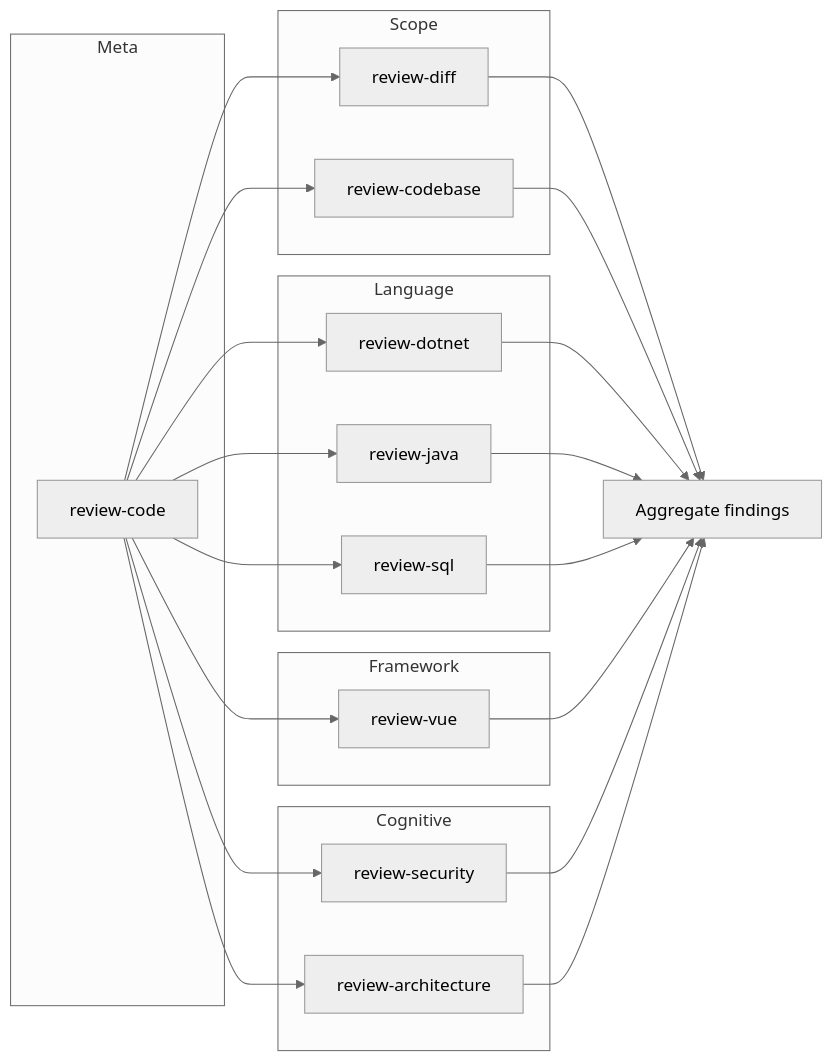
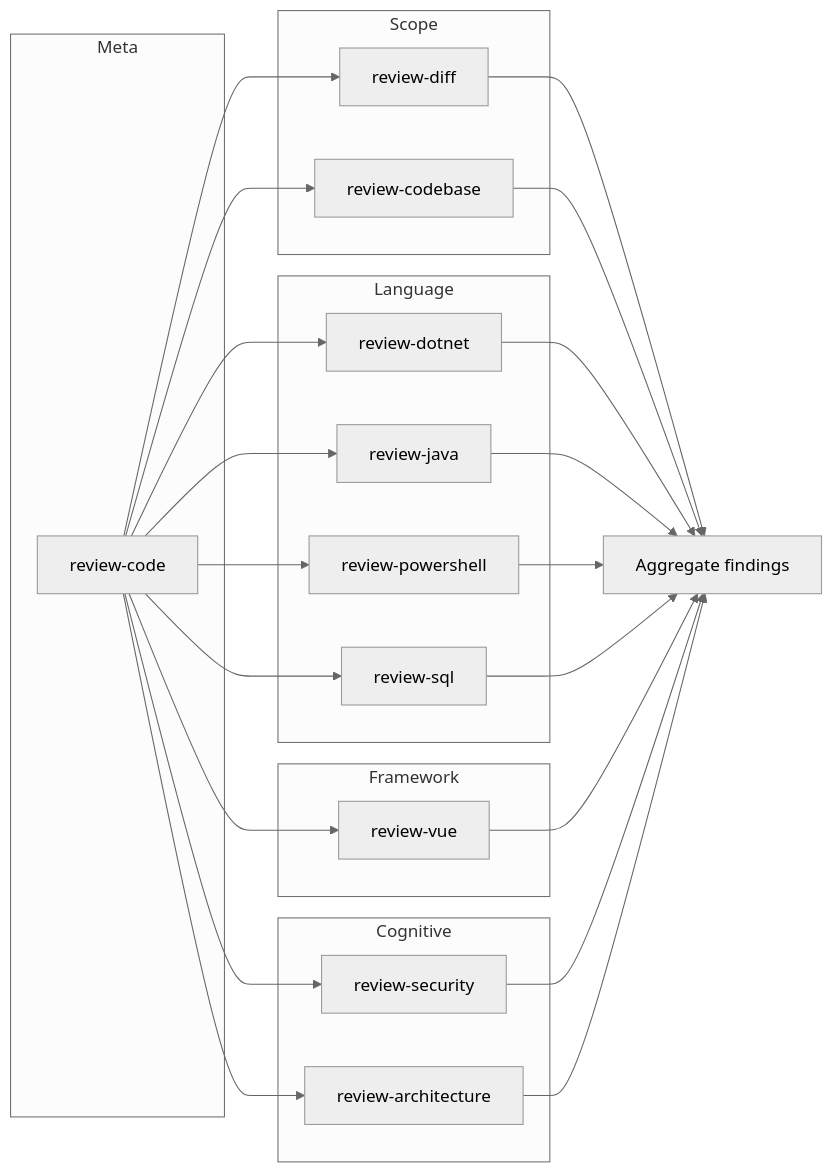
One commit to nesnilnehc/ai-cortex changed the diagram in skills/skillgraph.md. Above: the diagram before and after it, drawn with Mermaid (neutral theme). The commit also changed other lines of this file and 4 other files, not shown here.

````diff
--- a/skills/skillgraph.md
+++ b/skills/skillgraph.md
@@ -38,38 +38,41 @@
 ```mermaid
 flowchart LR
   subgraph meta [Meta]
     review_code[review-code]
   end
   subgraph scope [Scope]
     review_diff[review-diff]
     review_codebase[review-codebase]
   end
   subgraph lang [Language]
     review_dotnet[review-dotnet]
     review_java[review-java]
+    review_powershell[review-powershell]
     review_sql[review-sql]
   end
   subgraph fw [Framework]
     review_vue[review-vue]
   end
   subgraph cognitive [Cognitive]
     review_security[review-security]
     review_arch[review-architecture]
   end
   review_code --> review_diff
   review_code --> review_codebase
   review_code --> review_dotnet
   review_code --> review_java
+  review_code --> review_powershell
   review_code --> review_sql
   review_code --> review_vue
   review_code --> review_security
   review_code --> review_arch
   review_diff --> aggregate[Aggregate findings]
   review_codebase --> aggregate
   review_dotnet --> aggregate
   review_java --> aggregate
+  review_powershell --> aggregate
   review_sql --> aggregate
   review_vue --> aggregate
   review_security --> aggregate
   review_arch --> aggregate
 ```
````
